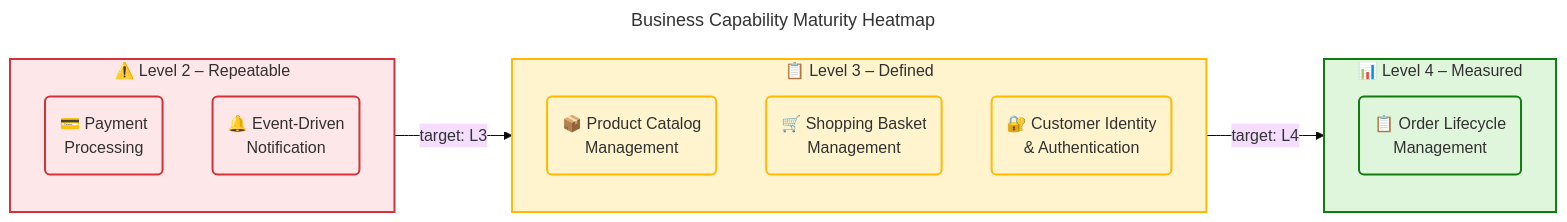
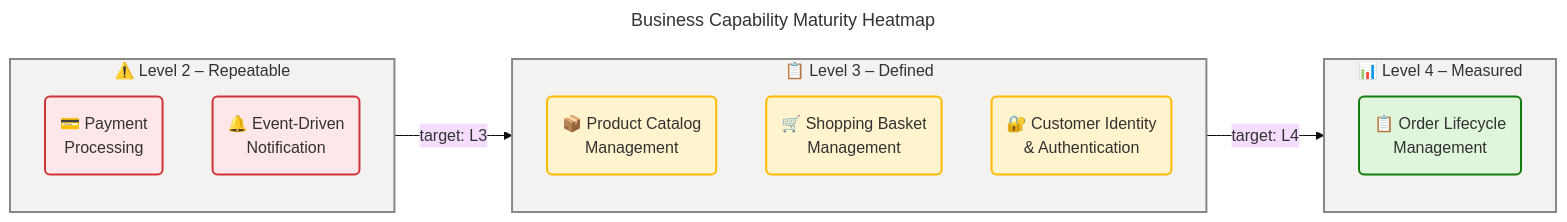
The fourth of 7 diagrams in docs/architecture/business-architecture.md (Evilazaro/eShop), drawn with Mermaid before and after one commit.

Commit message:
refactor: update flowchart styles for improved consistency and readability

````diff
--- a/docs/architecture/business-architecture.md
+++ b/docs/architecture/business-architecture.md
@@ -426,55 +426,55 @@
 ```mermaid
 ---
 title: "Business Capability Maturity Heatmap"
 config:
   theme: base
   look: classic
   layout: dagre
   themeVariables:
     fontSize: '16px'
   flowchart:
     htmlLabels: true
 ---
 flowchart LR
     accTitle: Business Capability Maturity Heatmap
     accDescr: Color-coded heatmap positioning all six business capabilities across the five-level capability maturity scale showing current state and improvement targets
 
     %% ═══════════════════════════════════════════════════════════════════════════
     %% AZURE / FLUENT ARCHITECTURE PATTERN v2.0
     %% (Semantic + Structural + Font + Accessibility Governance)
     %% ═══════════════════════════════════════════════════════════════════════════
     %% PHASE 1 - FLUENT UI: All styling uses approved Fluent UI palette only
     %% PHASE 2 - GROUPS: Every subgraph has semantic color via style directive
     %% PHASE 3 - COMPONENTS: Every node has semantic classDef + icon prefix
     %% PHASE 4 - ACCESSIBILITY: accTitle/accDescr present, WCAG AA contrast
     %% PHASE 5 - STANDARD: Governance block present, classDefs centralized
     %% ═══════════════════════════════════════════════════════════════════════════
 
     subgraph L4["📊 Level 4 – Measured"]
         CAP3("📋 Order Lifecycle\nManagement"):::success
     end
 
     subgraph L3["📋 Level 3 – Defined"]
         CAP1("📦 Product Catalog\nManagement"):::warning
         CAP2("🛒 Shopping Basket\nManagement"):::warning
         CAP5("🔐 Customer Identity\n& Authentication"):::warning
     end
 
     subgraph L2["⚠️ Level 2 – Repeatable"]
         CAP4("💳 Payment\nProcessing"):::danger
         CAP6("🔔 Event-Driven\nNotification"):::danger
     end
 
     L2 -->|"target: L3"| L3
     L3 -->|"target: L4"| L4
 
-    style L4 fill:#DFF6DD,stroke:#107C10,stroke-width:2px,color:#323130
-    style L3 fill:#FFF4CE,stroke:#FFB900,stroke-width:2px,color:#323130
-    style L2 fill:#FDE7E9,stroke:#D13438,stroke-width:2px,color:#323130
+    style L4 fill:#F3F2F1,stroke:#8A8886,stroke-width:2px,color:#323130
+    style L3 fill:#F3F2F1,stroke:#8A8886,stroke-width:2px,color:#323130
+    style L2 fill:#F3F2F1,stroke:#8A8886,stroke-width:2px,color:#323130
 
     classDef neutral fill:#FAFAFA,stroke:#8A8886,stroke-width:2px,color:#323130
     classDef core fill:#EFF6FC,stroke:#0078D4,stroke-width:2px,color:#323130
     classDef success fill:#DFF6DD,stroke:#107C10,stroke-width:2px,color:#323130
     classDef warning fill:#FFF4CE,stroke:#FFB900,stroke-width:2px,color:#323130
     classDef danger fill:#FDE7E9,stroke:#D13438,stroke-width:2px,color:#323130
 ```
````
